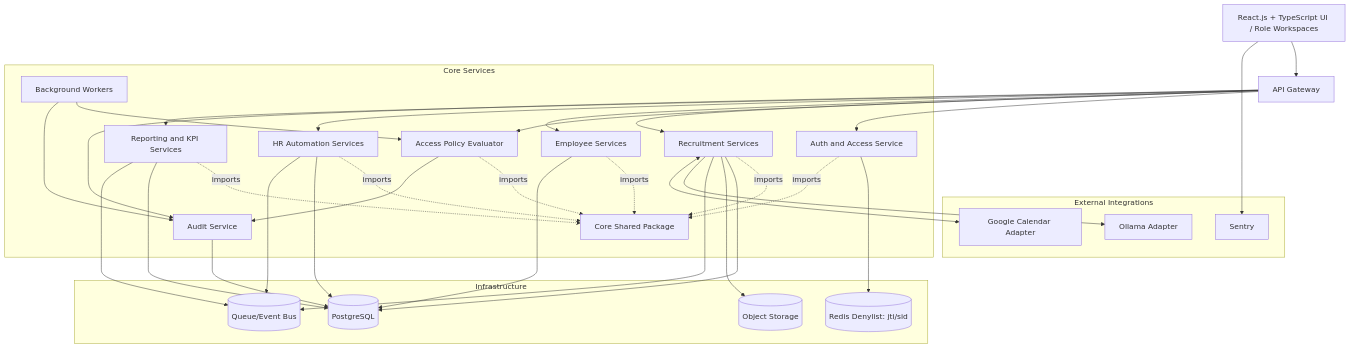
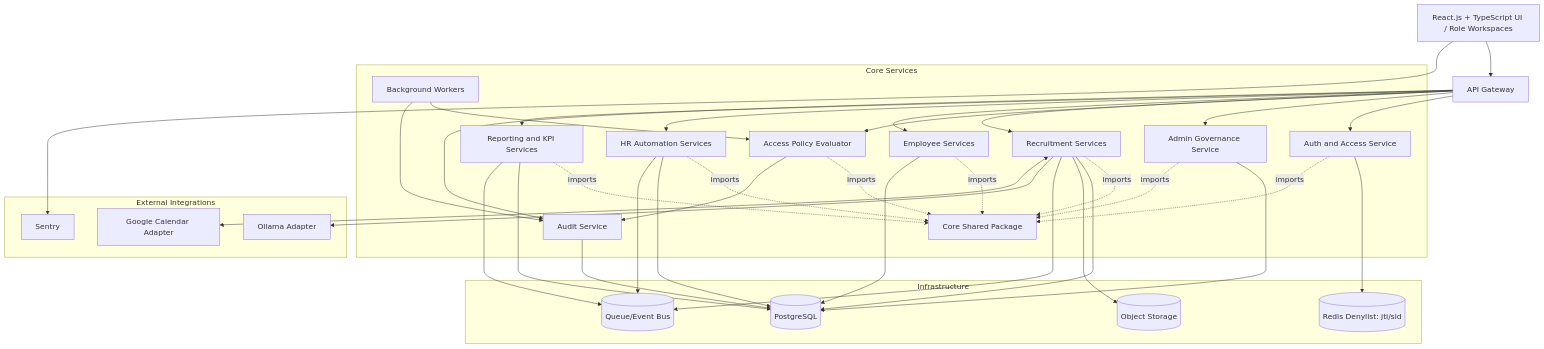
One commit to RubiFoc/hrm changed the second of 16 diagrams in docs/architecture/diagrams.md. Above: the diagram before and after it, drawn with Mermaid. The commit also changed other lines of this file and 50 other files, not shown here.

````diff
--- a/docs/architecture/diagrams.md
+++ b/docs/architecture/diagrams.md
@@ -39,64 +39,68 @@
 ```mermaid
 flowchart TB
   UI[React.js + TypeScript UI / Role Workspaces]
   API[API Gateway]
 
   subgraph Core[Core Services]
     COREPKG[Core Shared Package]
     AUTH[Auth and Access Service]
+    ADMIN[Admin Governance Service]
     POLICY[Access Policy Evaluator]
     REC[Recruitment Services]
     EMPDOM[Employee Services]
     HROPS[HR Automation Services]
     WORKERS[Background Workers]
     ANALYTICS[Reporting and KPI Services]
     AUDIT[Audit Service]
   end
 
   subgraph Infra[Infrastructure]
     DB[(PostgreSQL)]
     OBJ[(Object Storage)]
     QUEUE[(Queue/Event Bus)]
     REDISDNL[(Redis Denylist: jti/sid)]
   end
 
   subgraph Ext[External Integrations]
     OLLAMA[Ollama Adapter]
     GCALSYNC[Google Calendar Adapter]
     SENTRY[Sentry]
   end
 
   UI --> API
   API --> AUTH
+  API --> ADMIN
   API --> POLICY
   API --> REC
   API --> EMPDOM
   API --> HROPS
   API --> ANALYTICS
   WORKERS --> POLICY
   AUTH --> REDISDNL
+  ADMIN --> DB
   AUTH -.imports.-> COREPKG
+  ADMIN -.imports.-> COREPKG
   POLICY -.imports.-> COREPKG
   REC -.imports.-> COREPKG
   EMPDOM -.imports.-> COREPKG
   HROPS -.imports.-> COREPKG
   ANALYTICS -.imports.-> COREPKG
 
   REC --> DB
   EMPDOM --> DB
   HROPS --> DB
   ANALYTICS --> DB
   AUDIT --> DB
 
   REC --> OBJ
   REC --> QUEUE
   HROPS --> QUEUE
   ANALYTICS --> QUEUE
 
   REC --> OLLAMA
   REC <--> GCALSYNC
   API --> AUDIT
   POLICY --> AUDIT
   WORKERS --> AUDIT
   UI --> SENTRY
 ```
````
